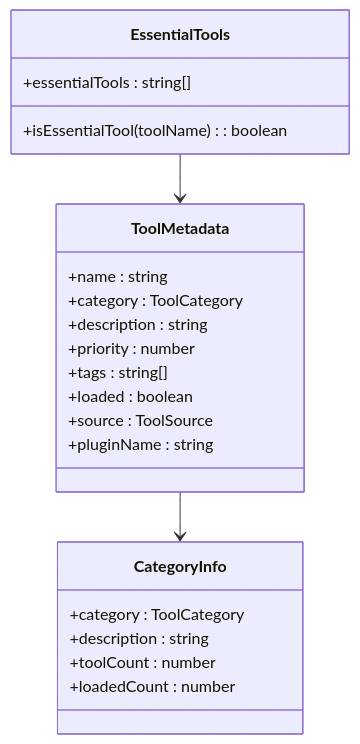
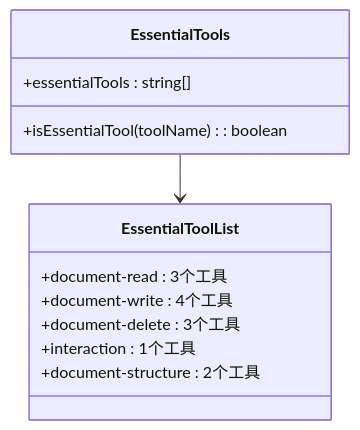
Before and after one commit to LRF0422/Kotion: the ninth of 12 diagrams in .qoder/repowiki/zh/content/功能模块/AI技能市场系统.md, drawn with Mermaid. The commit also changed other lines of this file and 10 other files, not shown here.

````diff
--- a/.qoder/repowiki/zh/content/功能模块/AI技能市场系统.md
+++ b/.qoder/repowiki/zh/content/功能模块/AI技能市场系统.md
@@ -401,25 +405,15 @@
 ```mermaid
 classDiagram
-class ToolMetadata {
-+name : string
-+category : ToolCategory
-+description : string
-+priority : number
-+tags : string[]
-+loaded : boolean
-+source : ToolSource
-+pluginName : string
-}
-class CategoryInfo {
-+category : ToolCategory
-+description : string
-+toolCount : number
-+loadedCount : number
-}
 class EssentialTools {
 +essentialTools : string[]
 +isEssentialTool(toolName) : boolean
 }
-ToolMetadata --> CategoryInfo
-EssentialTools --> ToolMetadata
+class EssentialToolList {
++document-read : 3个工具
++document-write : 4个工具
++document-delete : 3个工具
++interaction : 1个工具
++document-structure : 2个工具
+}
+EssentialTools --> EssentialToolList
 ```
````
